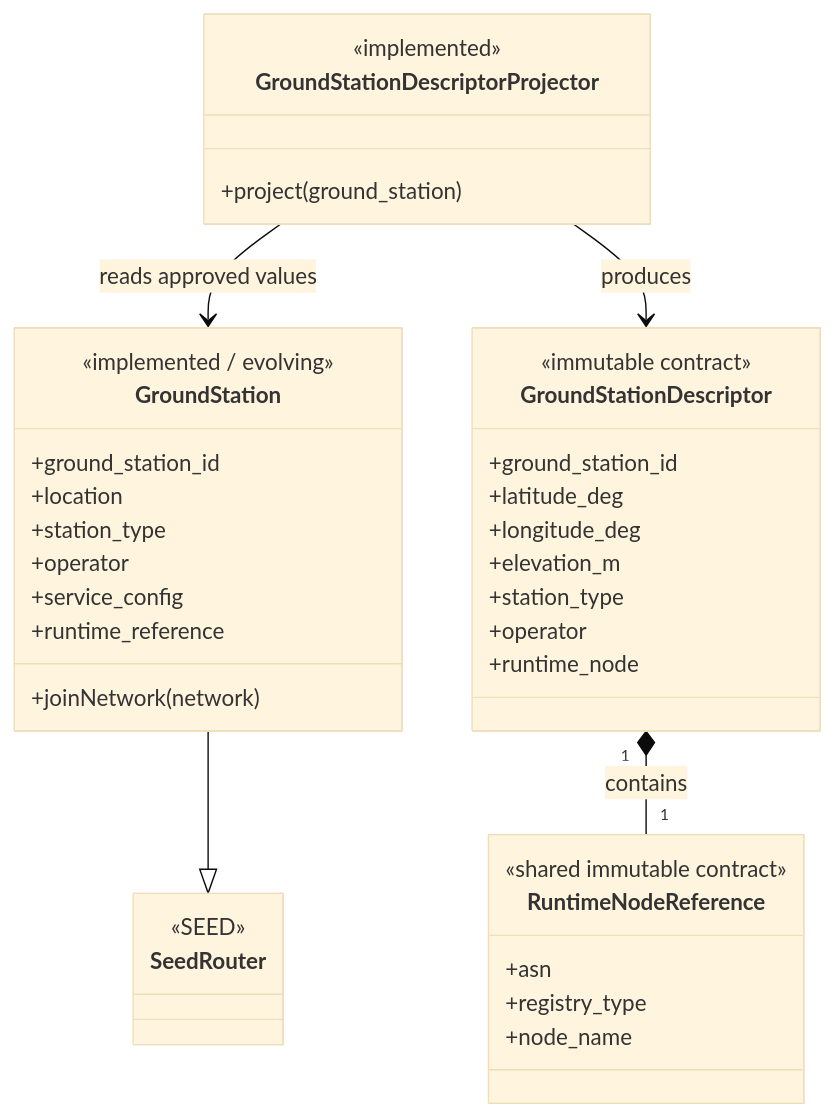
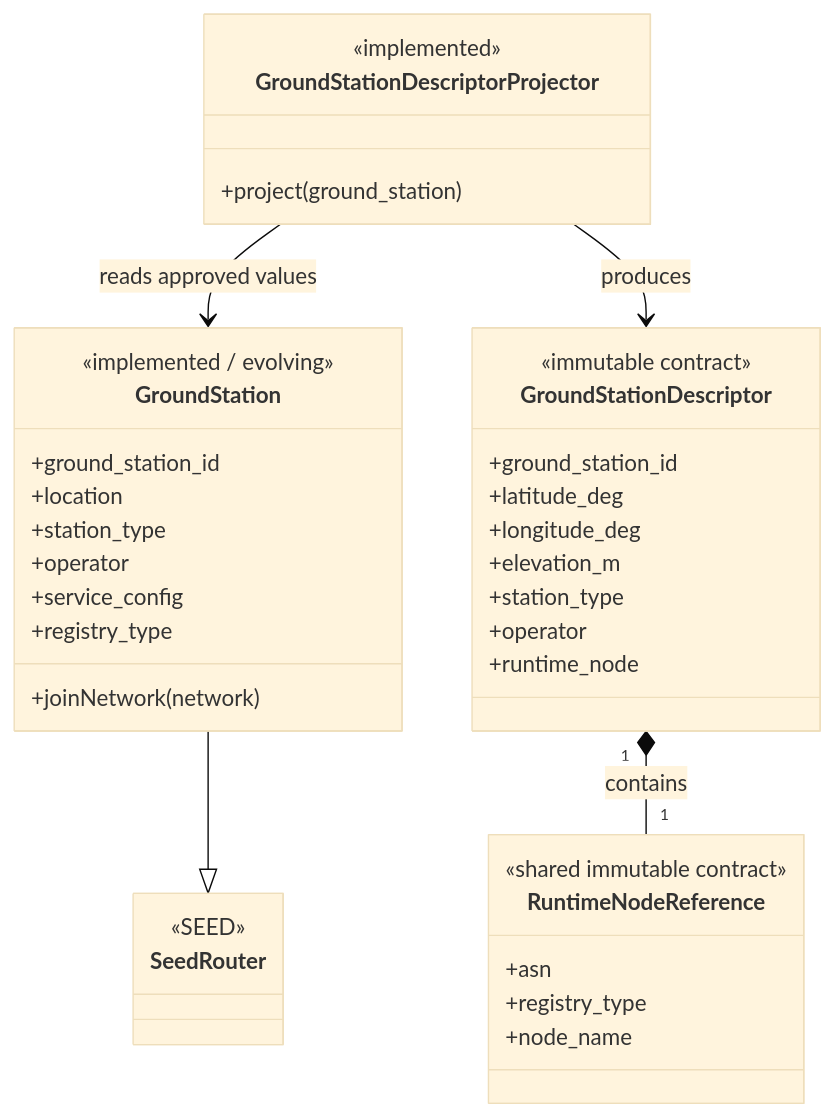
Before and after one commit to seed-labs/skyseed: the diagram in skyseed_v2/docs/design/static-ground-station-emulator.md, drawn with Mermaid (base theme). The commit also changed other lines of this file and 28 other files, not shown here.

````diff
--- a/skyseed_v2/docs/design/static-ground-station-emulator.md
+++ b/skyseed_v2/docs/design/static-ground-station-emulator.md
@@ -17,41 +17,41 @@
 ```mermaid
 classDiagram
     class GroundStation {
         <<implemented / evolving>>
         +ground_station_id
         +location
         +station_type
         +operator
         +service_config
-        +runtime_reference
+        +registry_type
         +joinNetwork(network)
     }
     class SeedRouter {
         <<SEED>>
     }
     class GroundStationDescriptorProjector {
         <<implemented>>
         +project(ground_station)
     }
     class GroundStationDescriptor {
         <<immutable contract>>
         +ground_station_id
         +latitude_deg
         +longitude_deg
         +elevation_m
         +station_type
         +operator
         +runtime_node
     }
     class RuntimeNodeReference {
         <<shared immutable contract>>
         +asn
         +registry_type
         +node_name
     }
 
     GroundStation --|> SeedRouter
     GroundStationDescriptorProjector --> GroundStation : reads approved values
     GroundStationDescriptorProjector --> GroundStationDescriptor : produces
     GroundStationDescriptor "1" *-- "1" RuntimeNodeReference : contains
 ```
````
